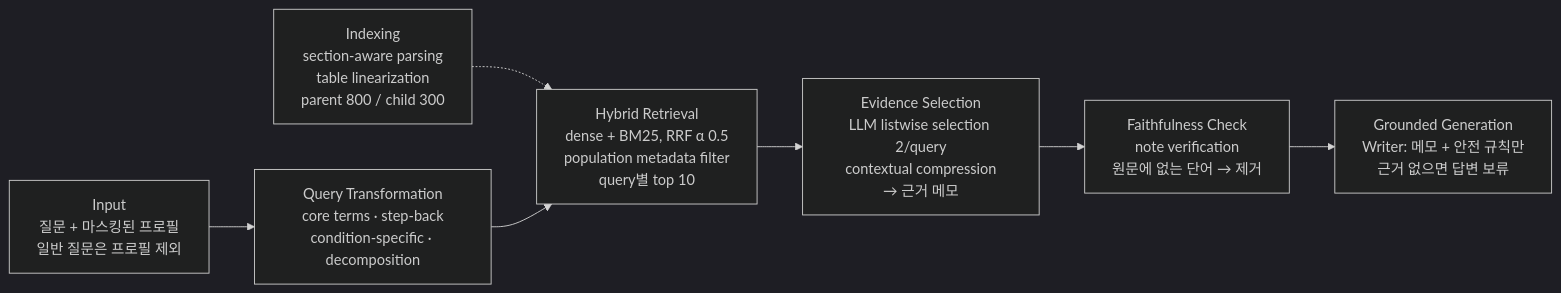
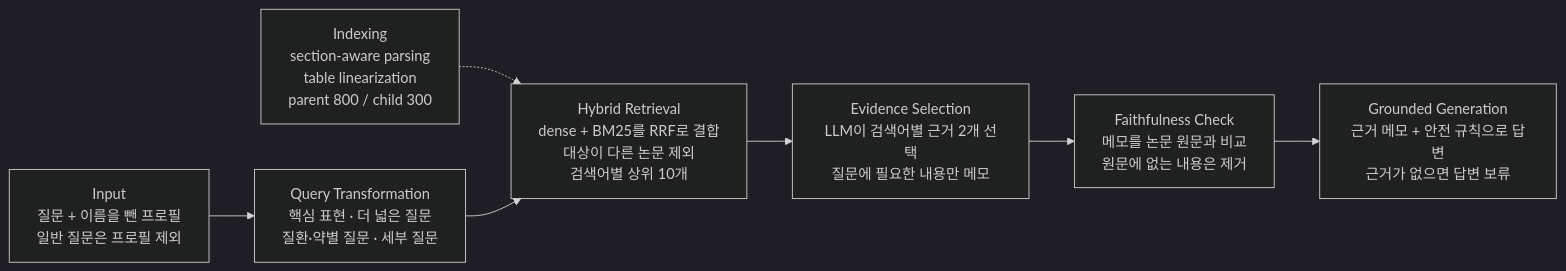
One commit to sihunwang-skala/health-coach-multi-agent changed the second of 2 diagrams in docs/REPORT.md. Above: the diagram before and after it, drawn with Mermaid (dark theme). The commit also changed other lines of this file and 23 other files, not shown here.

````diff
--- a/docs/REPORT.md
+++ b/docs/REPORT.md
@@ -97,9 +105,9 @@
 ```mermaid
 flowchart LR
-  IX[Indexing<br/>section-aware parsing<br/>table linearization<br/>parent 800 / child 300] -.-> RV
-  Q[Input<br/>질문 + 마스킹된 프로필<br/>일반 질문은 프로필 제외] --> MQ[Query Transformation<br/>core terms · step-back<br/>condition-specific · decomposition]
-  MQ --> RV[Hybrid Retrieval<br/>dense + BM25, RRF α 0.5<br/>population metadata filter<br/>query별 top 10]
-  RV --> PK[Evidence Selection<br/>LLM listwise selection 2/query<br/>contextual compression<br/>→ 근거 메모]
-  PK --> VN[Faithfulness Check<br/>note verification<br/>원문에 없는 단어 → 제거]
-  VN --> GN[Grounded Generation<br/>Writer: 메모 + 안전 규칙만<br/>근거 없으면 답변 보류]
+  IX["Indexing<br/>section-aware parsing<br/>table linearization<br/>parent 800 / child 300"] -.-> RV
+  Q["Input<br/>질문 + 이름을 뺀 프로필<br/>일반 질문은 프로필 제외"] --> MQ["Query Transformation<br/>핵심 표현 · 더 넓은 질문<br/>질환·약별 질문 · 세부 질문"]
+  MQ --> RV["Hybrid Retrieval<br/>dense + BM25를 RRF로 결합<br/>대상이 다른 논문 제외<br/>검색어별 상위 10개"]
+  RV --> PK["Evidence Selection<br/>LLM이 검색어별 근거 2개 선택<br/>질문에 필요한 내용만 메모"]
+  PK --> VN["Faithfulness Check<br/>메모를 논문 원문과 비교<br/>원문에 없는 내용은 제거"]
+  VN --> GN["Grounded Generation<br/>근거 메모 + 안전 규칙으로 답변<br/>근거가 없으면 답변 보류"]
 ```
````
